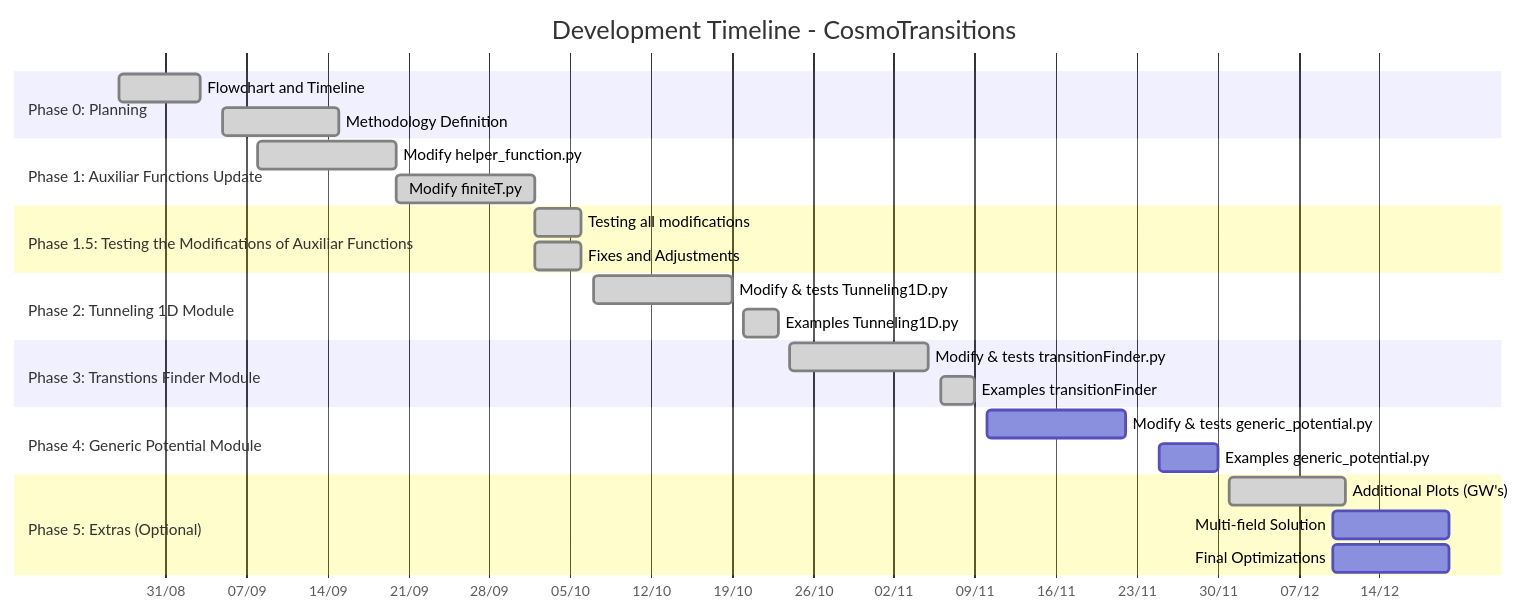
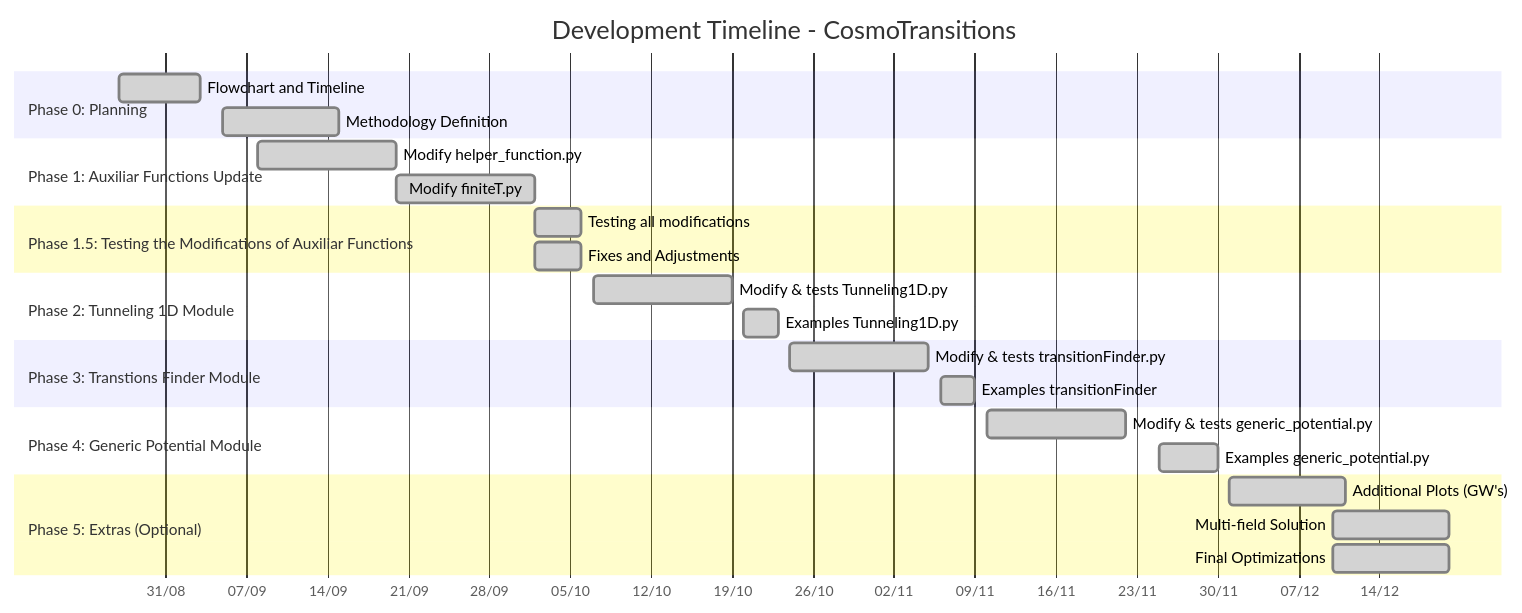
Before and after one commit to IgorStellet/GW_FOPT_Simulation: the first of 2 diagrams in docs/roadmap.md, drawn with Mermaid. The commit also changed other lines of this file and 9 other files, not shown here.

````diff
--- a/docs/roadmap.md
+++ b/docs/roadmap.md
@@ -26,36 +26,36 @@
 ```mermaid
 gantt
     %%%%%%%%
     title Development Timeline - CosmoTransitions
     dateFormat  YYYY-MM-DD
     axisFormat  %d/%m
     
     section Phase 0: Planning
     Flowchart and Timeline          :done, 2025-08-27, 7d
     Methodology Definition          :done, 2025-09-05, 10d
     
     section Phase 1: Auxiliar Functions Update
     Modify helper_function.py       :done, 2025-09-08, 12d
     Modify finiteT.py               :done, 2025-09-20, 12d
     
     section Phase 1.5: Testing the Modifications of Auxiliar Functions
     Testing all modifications       :done,2025-10-02, 4d
     Fixes and Adjustments           :done,2025-10-02, 4d
     
     section Phase 2: Tunneling 1D Module
     Modify & tests Tunneling1D.py     :done,2025-10-07, 12d
     Examples Tunneling1D.py         :done,2025-10-20, 3d
     
     section Phase 3: Transtions Finder Module
     Modify & tests transitionFinder.py :done,2025-10-24, 12d      
     Examples transitionFinder        :done,2025-11-06, 3d
     
     section Phase 4: Generic Potential Module
-    Modify & tests generic_potential.py  :2025-11-10, 12d
-    Examples generic_potential.py      :2025-11-25, 5d
+    Modify & tests generic_potential.py  :done, 2025-11-10, 12d
+    Examples generic_potential.py      :done, 2025-11-25, 5d
     
     section Phase 5: Extras (Optional)
     Additional Plots (GW's)            :done, 2025-12-01, 10d
-    Multi-field Solution            :2025-12-10, 10d
-    Final Optimizations             :2025-12-10, 10d
+    Multi-field Solution            :done, 2025-12-10, 10d
+    Final Optimizations             :done, 2025-12-10, 10d
 ```
````
